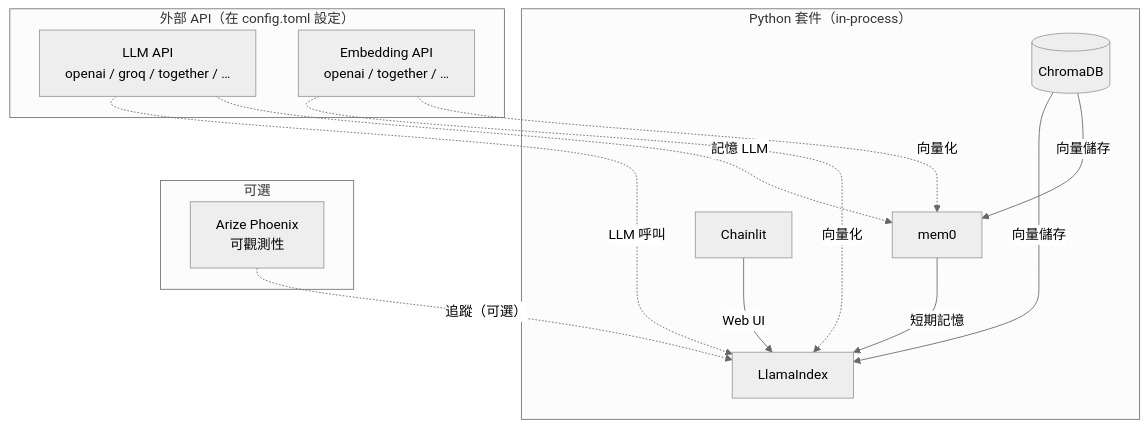
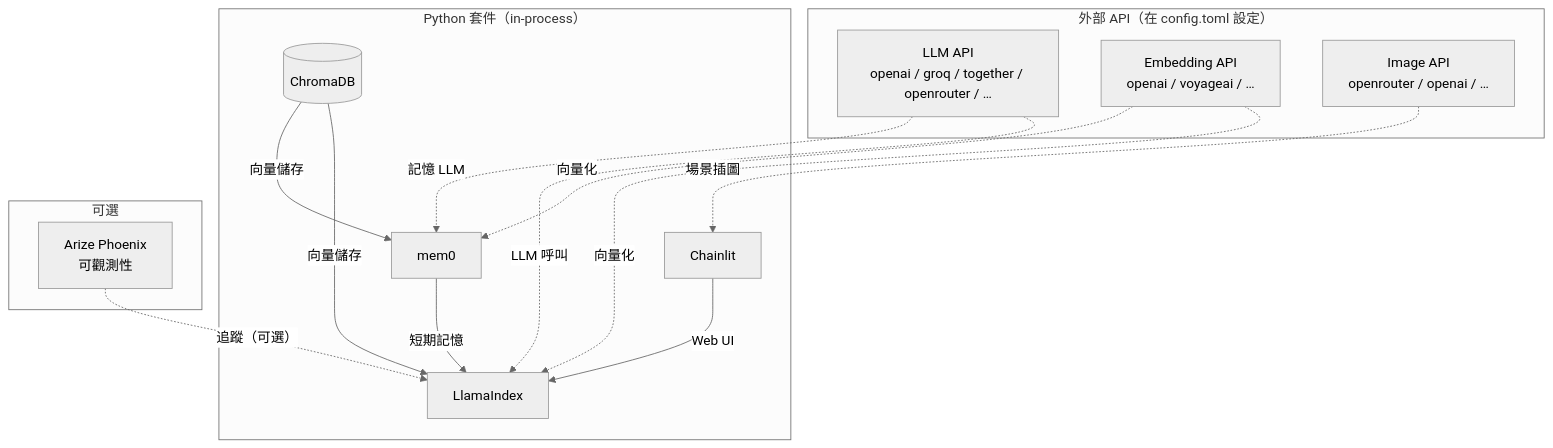
The diagram in README.zh-TW.md (KanTakahiro/Cocai), drawn with Mermaid (neutral theme) before and after one commit. The commit also changed other lines of this file and 1 other file, not shown here.

First line of the commit message:
Add OpenRouter image generation docs

````diff
--- a/README.zh-TW.md
+++ b/README.zh-TW.md
@@ -57,26 +57,28 @@
 ```mermaid
 flowchart TD
     subgraph "Python 套件（in-process）"
         chroma[(ChromaDB)]
         mem0[mem0]
         l[Chainlit]
         c[LlamaIndex]
     end
     subgraph "外部 API（在 config.toml 設定）"
-        llm_api[LLM API\nopenai / groq / together / …]
-        embed_api[Embedding API\nopenai / together / …]
+        llm_api[LLM API\nopenai / groq / together / openrouter / …]
+        embed_api[Embedding API\nopenai / voyageai / …]
+        image_api[Image API\nopenrouter / openai / …]
     end
     subgraph "可選"
         phoenix[Arize Phoenix\n可觀測性]
     end
 
     llm_api -. "LLM 呼叫" .-> c
     embed_api -. "向量化" .-> c
     embed_api -. "向量化" .-> mem0
     llm_api -. "記憶 LLM" .-> mem0
+    image_api -. "場景插圖" .-> l
     chroma --"向量儲存"--> c
     chroma --"向量儲存"--> mem0
     mem0 --"短期記憶"--> c
     l --"Web UI"--> c
     phoenix -. "追蹤（可選）" .-> c
 ```
````
